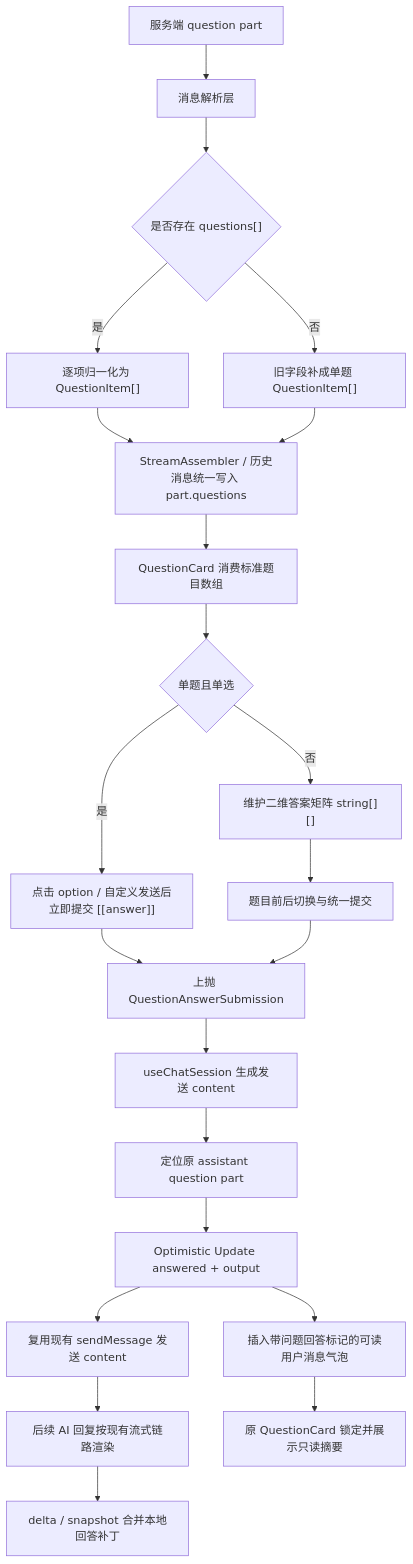
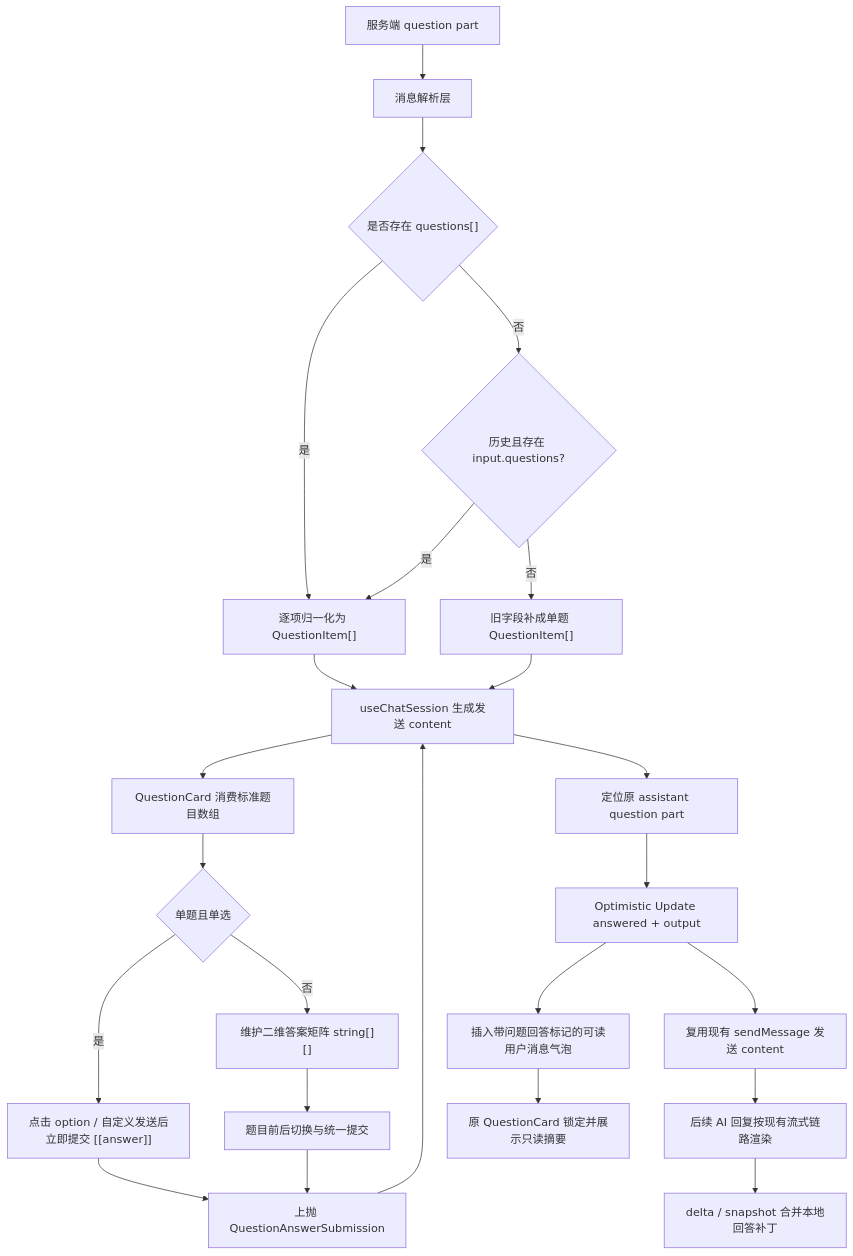
The first of 4 diagrams in ai-chat-viewer/docs/2026-06-12-question-card-multi-question-answer-design.md (Abelsjcheng/skillSDK), drawn with Mermaid before and after one commit. The commit also changed other lines of this file and 5 other files, not shown here.

````diff
--- a/ai-chat-viewer/docs/2026-06-12-question-card-multi-question-answer-design.md
+++ b/ai-chat-viewer/docs/2026-06-12-question-card-multi-question-answer-design.md
@@ -46,24 +46,26 @@
 ```mermaid
 flowchart TD
     A["服务端 question part"] --> B["消息解析层"]
     B --> C{"是否存在 questions[]"}
     C -- "是" --> D["逐项归一化为 QuestionItem[]"]
-    C -- "否" --> E["旧字段补成单题 QuestionItem[]"]
-    D --> F["StreamAssembler / 历史消息统一写入 part.questions"]
-    E --> F
-    F --> G["QuestionCard 消费标准题目数组"]
+    C -- "否" --> E{"历史且存在 input.questions?"}
+    E -- "是" --> D
+    E -- "否" --> F["旧字段补成单题 QuestionItem[]"]
+    D --> M["消息 part 写入 part.questions"]
+    F --> M
+    M --> G["QuestionCard 消费标准题目数组"]
     G --> H{"单题且单选"}
     H -- "是" --> I["点击 option / 自定义发送后立即提交 [[answer]]"]
     H -- "否" --> J["维护二维答案矩阵 string[][]"]
     J --> K["题目前后切换与统一提交"]
     I --> L["上抛 QuestionAnswerSubmission"]
     K --> L
     L --> M["useChatSession 生成发送 content"]
     M --> N["定位原 assistant question part"]
     N --> O["Optimistic Update answered + output"]
     O --> P["复用现有 sendMessage 发送 content"]
     O --> Q["插入带问题回答标记的可读用户消息气泡"]
     P --> R["后续 AI 回复按现有流式链路渲染"]
     R --> S["delta / snapshot 合并本地回答补丁"]
     Q --> T["原 QuestionCard 锁定并展示只读摘要"]
 ```
````
